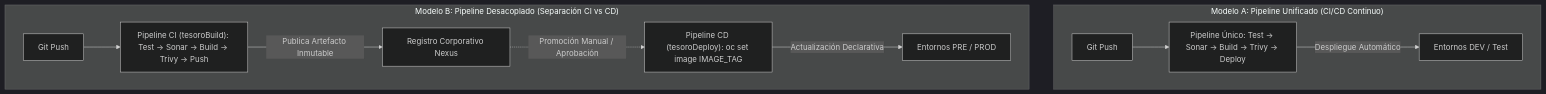
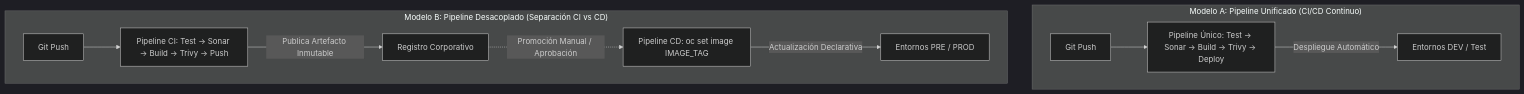
Before and after one commit to ieftraining/curso-openshift: the third of 6 diagrams in docs/sesion4/4.7 Opciones de automatizacion.md, drawn with Mermaid (dark theme). The commit also changed other lines of this file, not shown here.

````diff
--- a/docs/sesion4/4.7 Opciones de automatizacion.md
+++ b/docs/sesion4/4.7 Opciones de automatizacion.md
@@ -77,15 +77,15 @@
 ```mermaid
 flowchart TD
     subgraph subA ["Modelo A: Pipeline Unificado (CI/CD Continuo)"]
         Git1[Git Push] --> CI_CD["Pipeline Único: Test -> Sonar -> Build -> Trivy -> Deploy"]
         CI_CD -->|Despliegue Automático| OCP_DEV[Entornos DEV / Test]
     end
 
     subgraph subB ["Modelo B: Pipeline Desacoplado (Separación CI vs CD)"]
-        Git2[Git Push] --> CI_Only["Pipeline CI (tesoroBuild): Test -> Sonar -> Build -> Trivy -> Push"]
-        CI_Only -->|Publica Artefacto Inmutable| Reg[Registro Corporativo Nexus]
+        Git2[Git Push] --> CI_Only["Pipeline CI: Test -> Sonar -> Build -> Trivy -> Push"]
+        CI_Only -->|Publica Artefacto Inmutable| Reg[Registro Corporativo]
         
-        Reg -.->|Promoción Manual / Aprobación| CD_Only["Pipeline CD (tesoroDeploy): oc set image IMAGE_TAG"]
+        Reg -.->|Promoción Manual / Aprobación| CD_Only["Pipeline CD: oc set image IMAGE_TAG"]
         CD_Only -->|Actualización Declarativa| OCP_PROD[Entornos PRE / PROD]
     end
 ```
````
